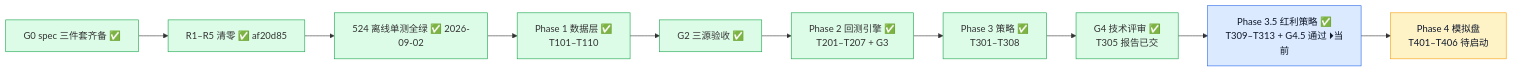
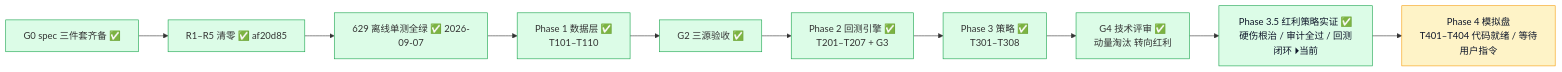
One commit to YZml1507/FinAI2.0 changed the second of 6 diagrams in docs/project_status_flowchart.md. Above: the diagram before and after it, drawn with Mermaid. The commit also changed other lines of this file and 24 other files, not shown here.

````diff
--- a/docs/project_status_flowchart.md
+++ b/docs/project_status_flowchart.md
@@ -29,21 +29,21 @@
 ```mermaid
 flowchart LR
-  G0[G0 spec 三件套齐备 ✅] --> R15[R1–R5 清零 ✅ af20d85] --> UT[524 离线单测全绿 ✅ 2026-09-02]
-  UT --> P1[Phase 1 数据层 ✅<br/>T101–T110]
-  P1 --> G2[G2 三源验收 ✅]
-  G2 --> P2[Phase 2 回测引擎 ✅<br/>T201–T207 + G3]
-  P2 --> P3[Phase 3 策略 ✅<br/>T301–T308]
-  P3 --> G4[G4 技术评审 ✅<br/>T305 报告已交]
-  G4 --> P35[Phase 3.5 红利策略 ✅<br/>T309–T313 + G4.5 通过 ⏵当前]
-  P35 --> P4[Phase 4 模拟盘<br/>T401–T406 待启动]
+  G0["G0 spec 三件套齐备 ✅"] --> R15["R1–R5 清零 ✅ af20d85"] --> UT["629 离线单测全绿 ✅ 2026-09-07"]
+  UT --> P1["Phase 1 数据层 ✅<br/>T101–T110"]
+  P1 --> G2["G2 三源验收 ✅"]
+  G2 --> P2["Phase 2 回测引擎 ✅<br/>T201–T207 + G3"]
+  P2 --> P3["Phase 3 策略 ✅<br/>T301–T308"]
+  P3 --> G4["G4 技术评审 ✅<br/>动量淘汰 转向红利"]
+  G4 --> P35["Phase 3.5 红利策略实证 ✅<br/>硬伤根治 / 审计全过 / 回测闭环 ⏵当前"]
+  P35 --> P4["Phase 4 模拟盘<br/>T401–T404 代码就绪 / 等待用户指令"]
   style G0 fill:#dcfce7,stroke:#16a34a
   style R15 fill:#dcfce7,stroke:#16a34a
   style UT fill:#dcfce7,stroke:#16a34a
   style P1 fill:#dcfce7,stroke:#16a34a
   style G2 fill:#dcfce7,stroke:#16a34a
   style P2 fill:#dcfce7,stroke:#16a34a
   style P3 fill:#dcfce7,stroke:#16a34a
   style G4 fill:#dcfce7,stroke:#16a34a
-  style P35 fill:#dbeafe,stroke:#2563eb,color:#0f172a
+  style P35 fill:#dcfce7,stroke:#16a34a,color:#0f172a
   style P4 fill:#fef3c7,stroke:#f59e0b,color:#0f172a
 ```
````
